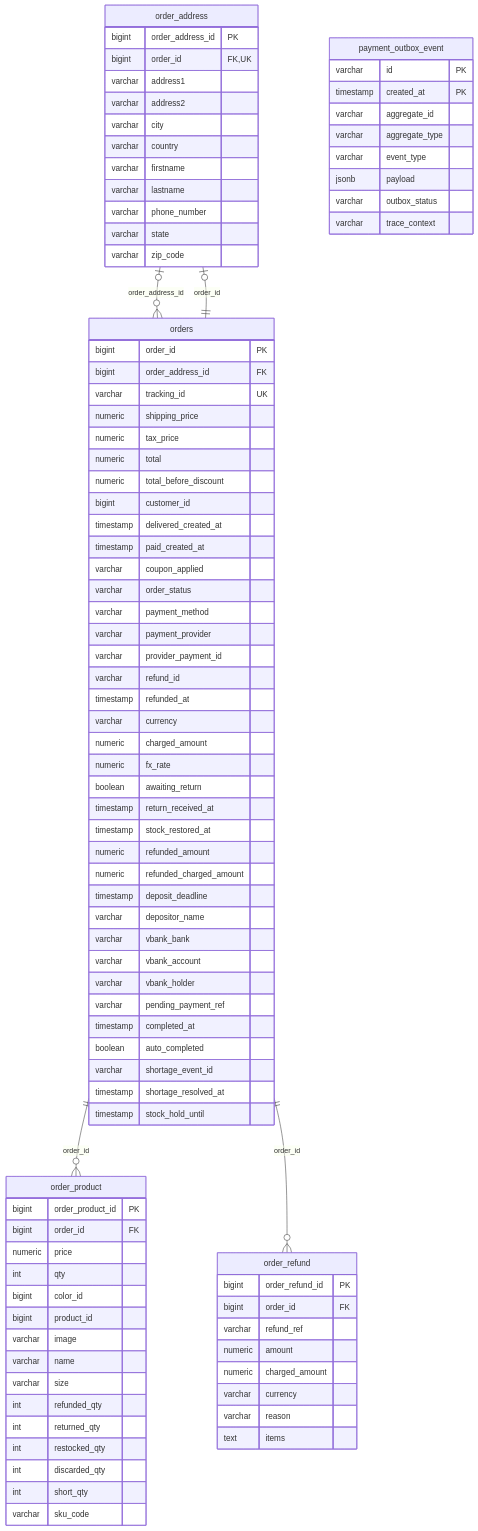
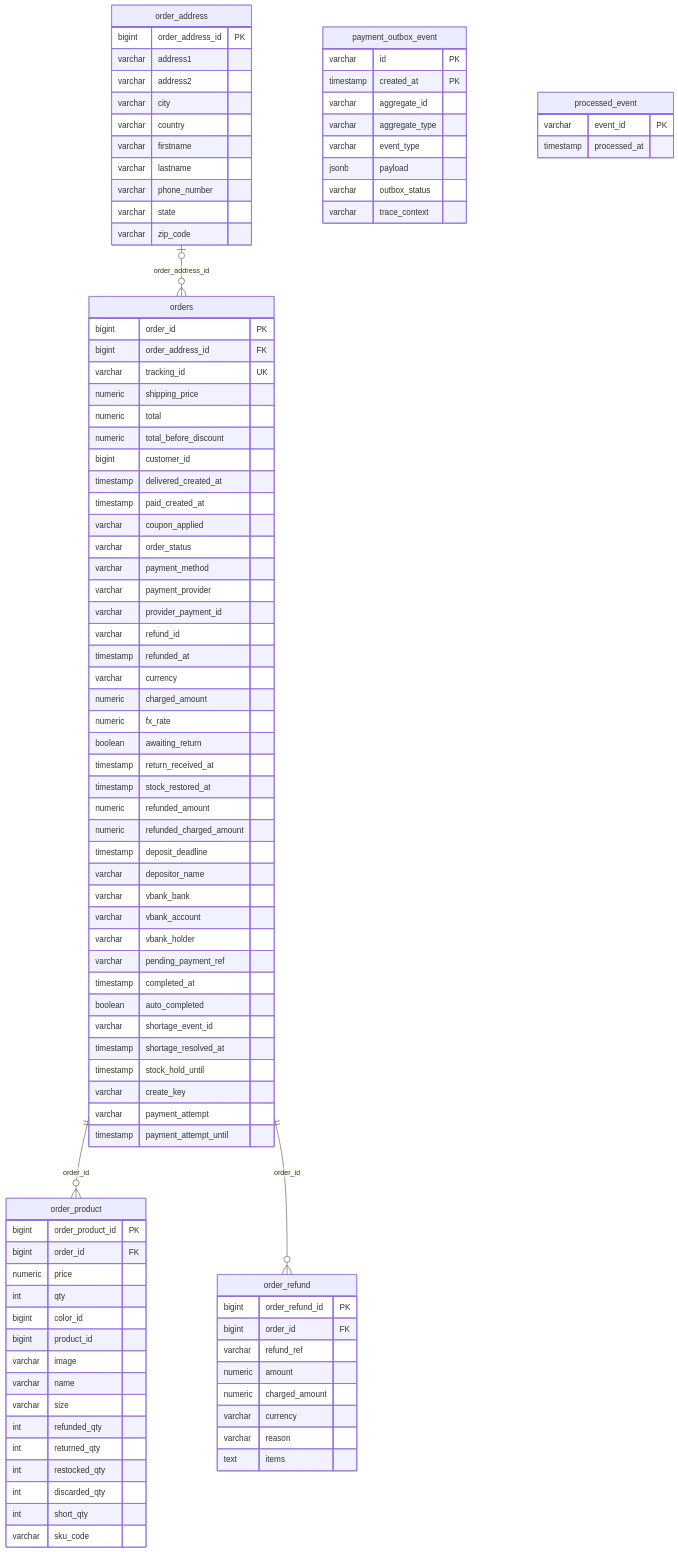
Before and after one commit to ruke79/ecommerce-msa-portfolio: the sixth of 8 diagrams in docs/69-erd.ko.md, drawn with Mermaid. The commit also changed other lines of this file and 126 other files, not shown here.

````diff
--- a/docs/69-erd.ko.md
+++ b/docs/69-erd.ko.md
@@ -494,7 +517,6 @@
 erDiagram
     order_address {
         bigint order_address_id PK
-        bigint order_id FK, UK
         varchar address1
         varchar address2
         varchar city
@@ -537,7 +559,6 @@
         bigint order_address_id FK
         varchar tracking_id UK
         numeric shipping_price
-        numeric tax_price
         numeric total
         numeric total_before_discount
         bigint customer_id
@@ -569,6 +590,9 @@
         varchar shortage_event_id
         timestamp shortage_resolved_at
         timestamp stock_hold_until
+        varchar create_key
+        varchar payment_attempt
+        timestamp payment_attempt_until
     }
     payment_outbox_event {
         varchar id PK
@@ -580,8 +604,11 @@
         varchar outbox_status
         varchar trace_context
     }
+    processed_event {
+        varchar event_id PK
+        timestamp processed_at
+    }
     order_address |o--o{ orders : "order_address_id"
     orders ||--o{ order_product : "order_id"
     orders ||--o{ order_refund : "order_id"
-    orders ||--o| order_address : "order_id"
 ```
````
